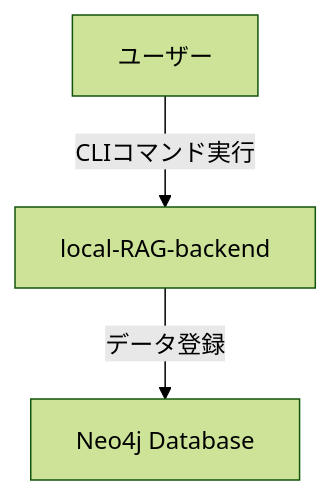
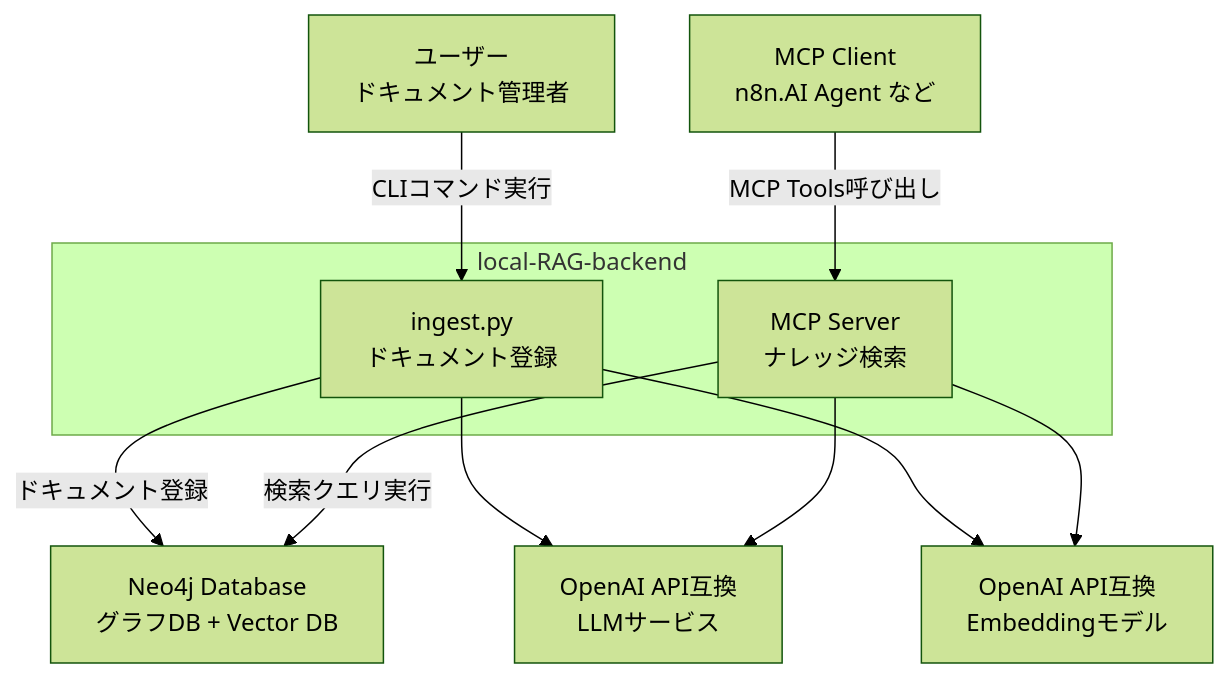
The first of 9 diagrams in DEVELOPER.md (suwa-sh/local-RAG-backend), drawn with Mermaid (forest theme) before and after one commit. The commit also changed other lines of this file and 24 other files, not shown here.

````diff
--- a/DEVELOPER.md
+++ b/DEVELOPER.md
@@ -9,9 +9,23 @@
 ```mermaid
 graph TB
-    User[ユーザー]
-    System[local-RAG-backend]
-    Neo4j[Neo4j Database]
+    User[ユーザー<br/>ドキュメント管理者]
+    AIAgent[MCP Client<br/>n8n.AI Agent など]
 
-    User -->|CLIコマンド実行| System
-    System -->|データ登録| Neo4j
+    subgraph "local-RAG-backend"
+        Ingest[ingest.py<br/>ドキュメント登録]
+        MCPServer[MCP Server<br/>ナレッジ検索]
+    end
+
+    Neo4j[Neo4j Database<br/>グラフDB + Vector DB]
+    LLM[OpenAI API互換<br/>LLMサービス]
+    Ollama[OpenAI API互換<br/>Embeddingモデル]
+
+    User -->|CLIコマンド実行| Ingest
+    AIAgent -->|MCP Tools呼び出し| MCPServer
+    Ingest -->|ドキュメント登録| Neo4j
+    MCPServer -->|検索クエリ実行| Neo4j
+    Ingest --> LLM
+    Ingest --> Ollama
+    MCPServer --> LLM
+    MCPServer --> Ollama
 ```
````
